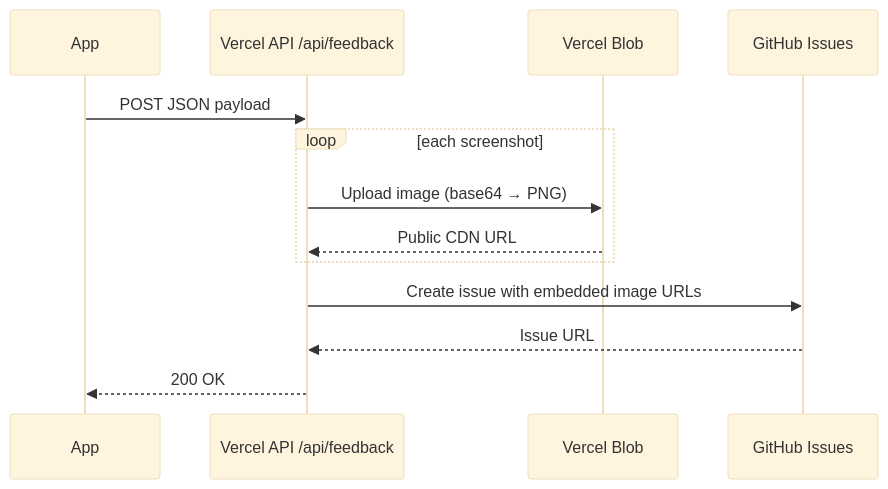
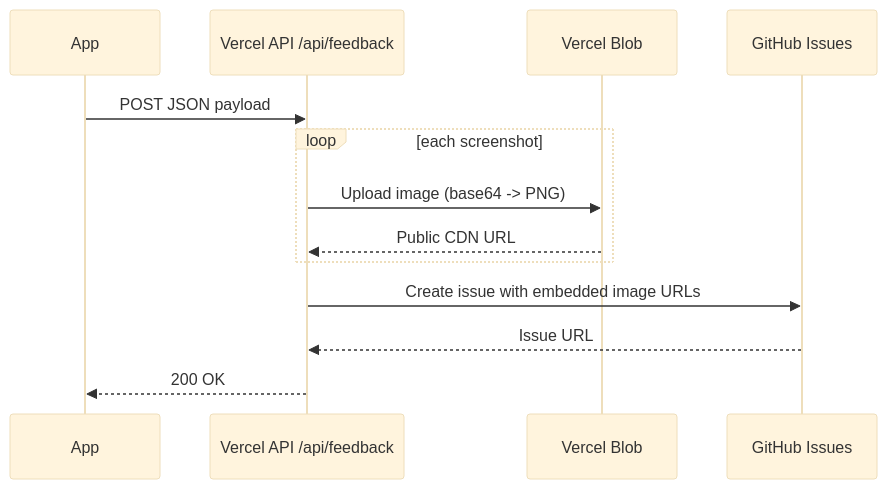
One commit to THD-Spatial-AI/building-configurator changed the fourth of 6 diagrams in docs/feedback-pipeline.md. Above: the diagram before and after it, drawn with Mermaid (base theme). The commit also changed other lines of this file and 2 other files, not shown here.

````diff
--- a/docs/feedback-pipeline.md
+++ b/docs/feedback-pipeline.md
@@ -115,16 +115,16 @@
 ```mermaid
 sequenceDiagram
     participant App
     participant API as Vercel API /api/feedback
     participant Blob as Vercel Blob
     participant GH as GitHub Issues
 
     App->>API: POST JSON payload
     loop each screenshot
-        API->>Blob: Upload image (base64 → PNG)
+        API->>Blob: Upload image (base64 -> PNG)
         Blob-->>API: Public CDN URL
     end
     API->>GH: Create issue with embedded image URLs
     GH-->>API: Issue URL
     API-->>App: 200 OK
 ```
````
